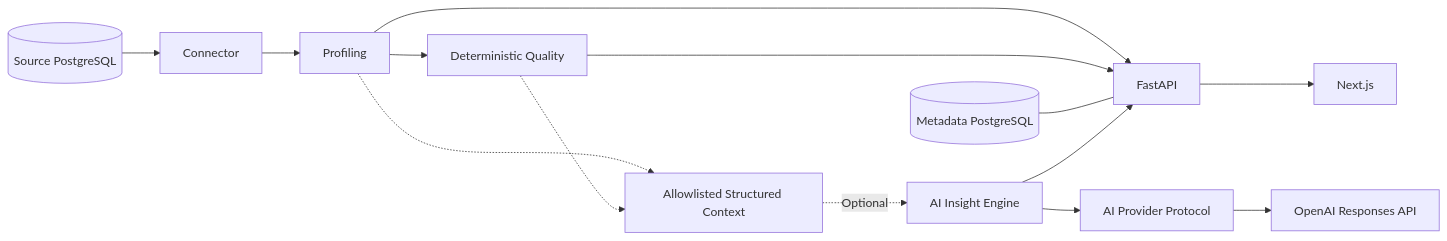
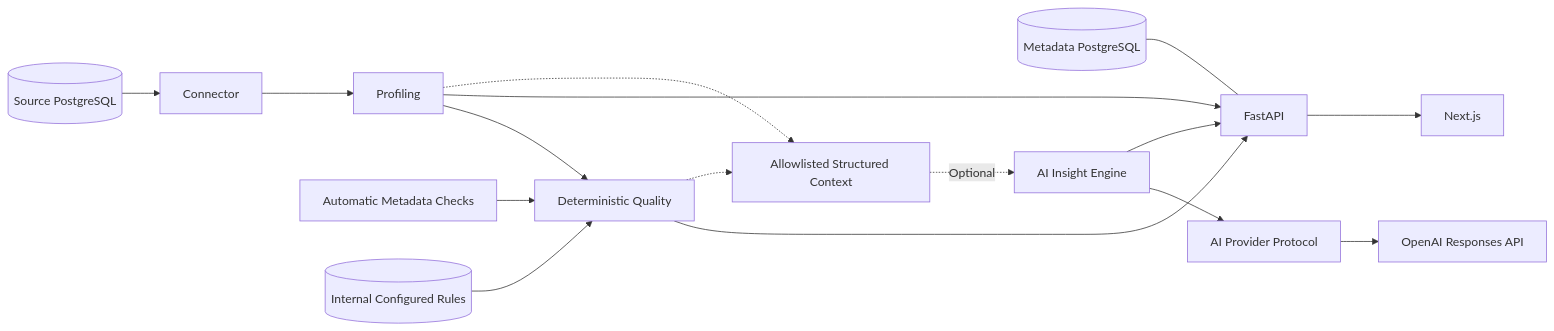
The diagram in docs/ARCHITECTURE.md (jeanteixeira/datuvera), drawn with Mermaid before and after one commit. The commit also changed other lines of this file and 22 other files, not shown here.

Commit message:
feat: add configurable quality rules

````diff
--- a/docs/ARCHITECTURE.md
+++ b/docs/ARCHITECTURE.md
@@ -7,16 +7,18 @@
 ```mermaid
 flowchart LR
     Source[(Source PostgreSQL)] --> Connector
     Connector --> Profiling
     Profiling --> Quality[Deterministic Quality]
+    MetadataRules[Automatic Metadata Checks] --> Quality
+    ConfiguredRules[(Internal Configured Rules)] --> Quality
     Profiling --> API[FastAPI]
     Quality --> API
     Metadata[(Metadata PostgreSQL)] --- API
     API --> Web[Next.js]
     Profiling -.-> Context[Allowlisted Structured Context]
     Quality -.-> Context
     Context -. Optional .-> AI[AI Insight Engine]
     AI --> Provider[AI Provider Protocol]
     Provider --> OpenAI[OpenAI Responses API]
     AI --> API
 ```
````
